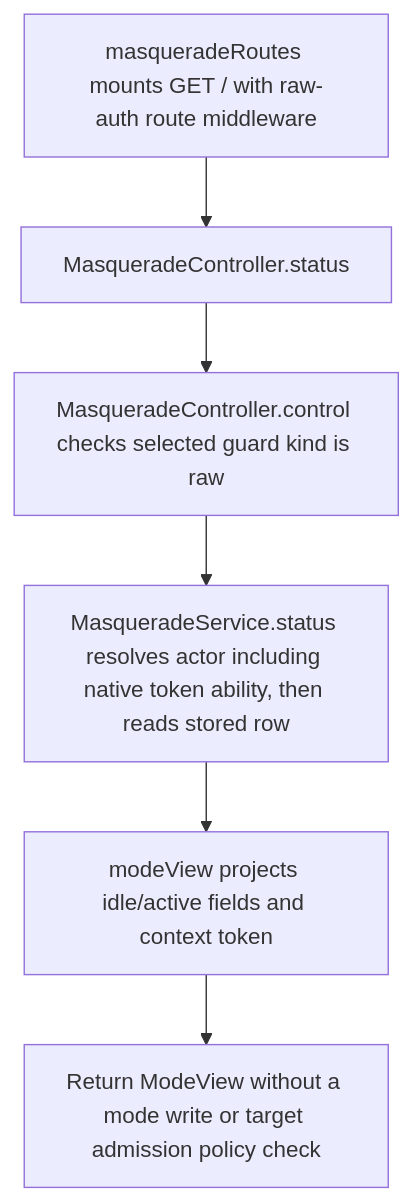
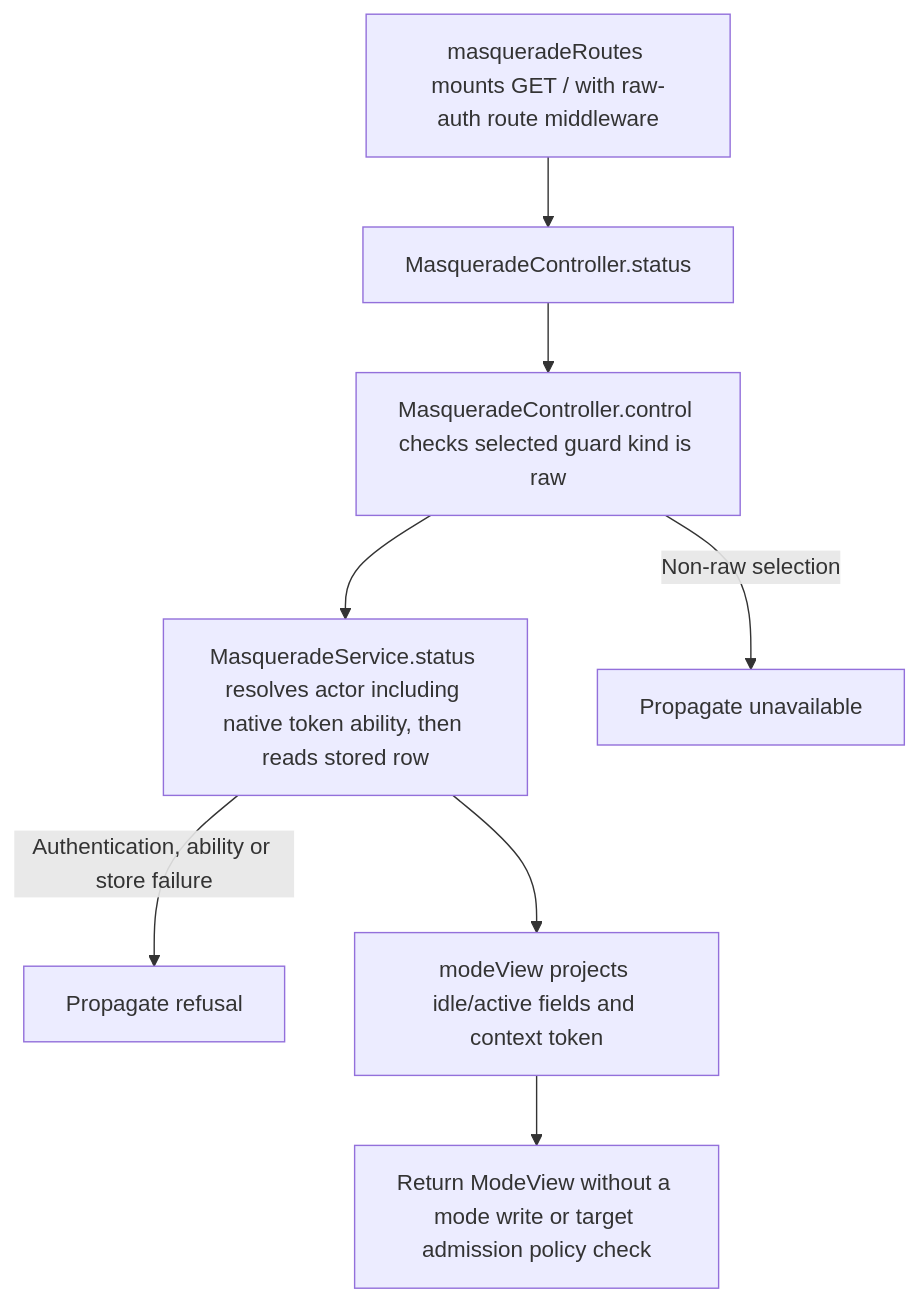
Before and after one commit to Kevinjohn/oss-adonisjs-masquerade: the second of 2 diagrams in user-stories/start-stop-mode/us-actor-06-read-mode-status.md, drawn with Mermaid. The commit also changed 26 other files, not shown here.

````diff
--- a/user-stories/start-stop-mode/us-actor-06-read-mode-status.md
+++ b/user-stories/start-stop-mode/us-actor-06-read-mode-status.md
@@ -33,8 +33,10 @@
 ```mermaid
 flowchart TD
  A["masqueradeRoutes mounts GET / with raw-auth route middleware"] --> B["MasqueradeController.status"]
  B --> C["MasqueradeController.control checks selected guard kind is raw"]
  C --> D["MasqueradeService.status resolves actor including native token ability, then reads stored row"]
+ C -->|Non-raw selection| X["Propagate unavailable"]
+ D -->|Authentication, ability or store failure| Y["Propagate refusal"]
  D --> E["modeView projects idle/active fields and context token"]
  E --> F["Return ModeView without a mode write or target admission policy check"]
 ```
````
